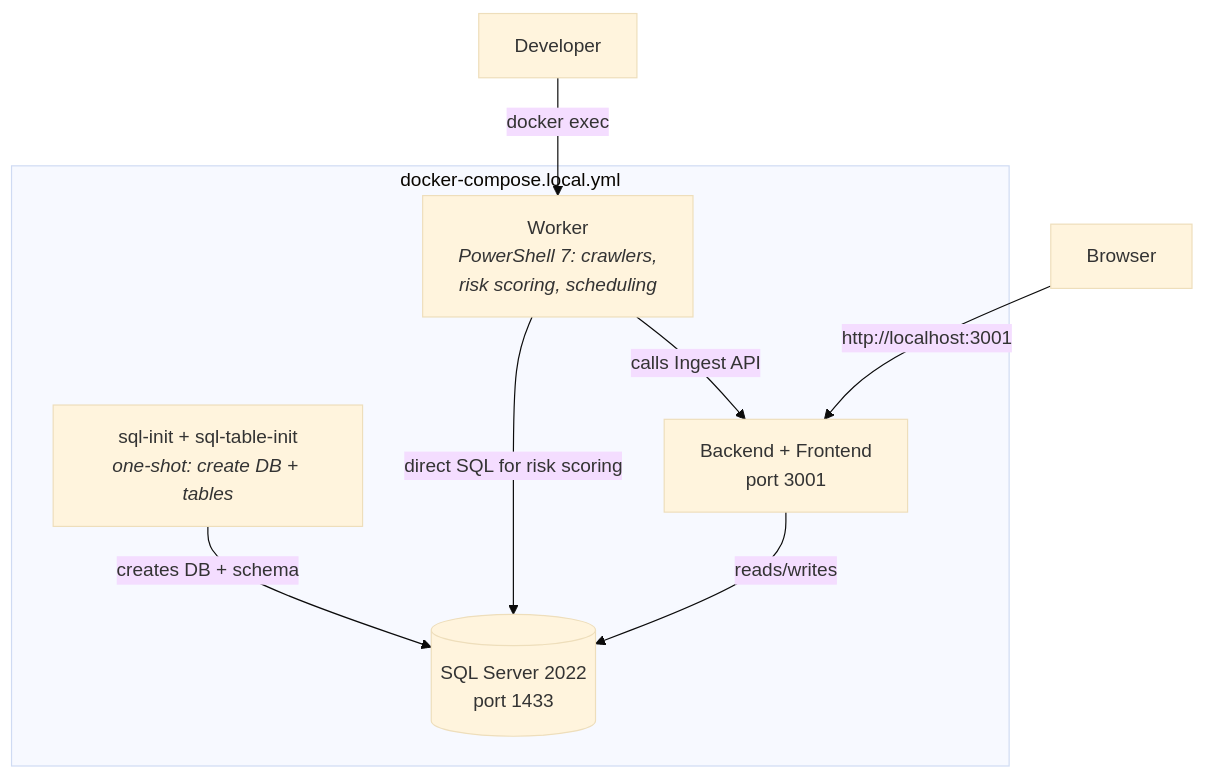
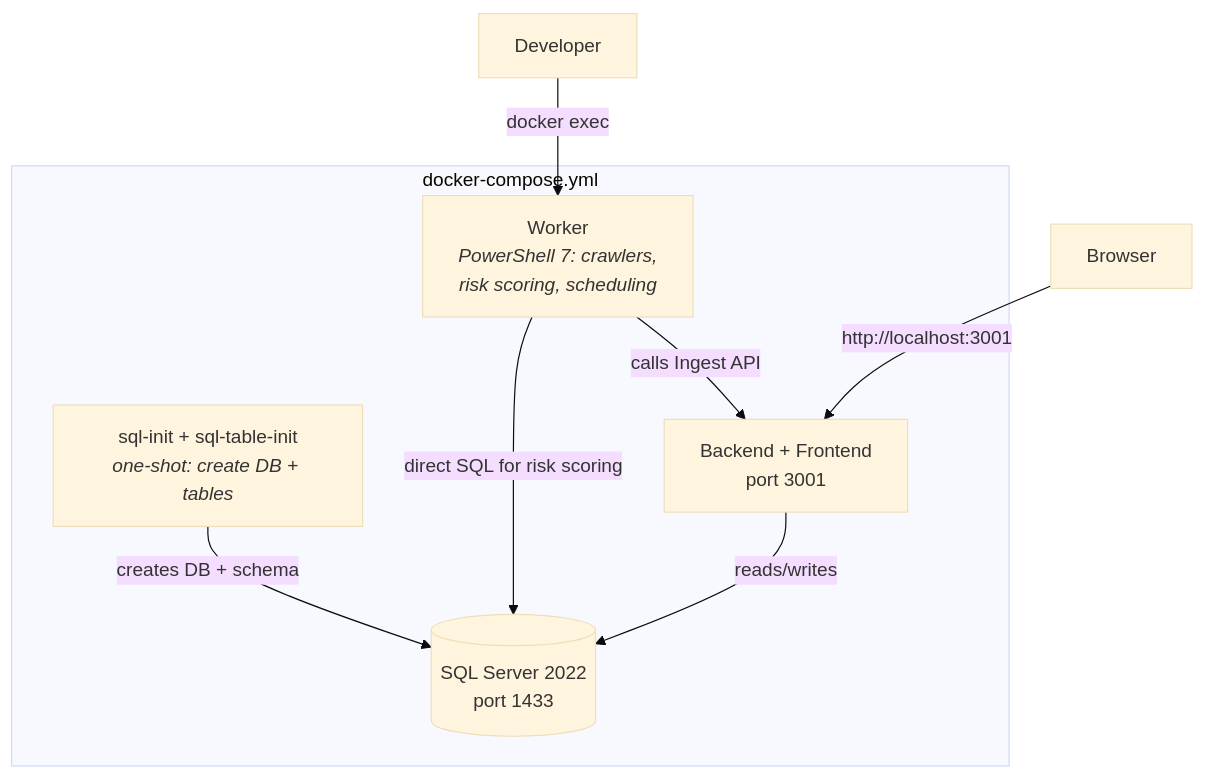
The diagram in docs/architecture/docker-setup.md (Fortigi/FortigiGraph), drawn with Mermaid (base theme) before and after one commit. The commit also changed other lines of this file and 5 other files, not shown here.

````diff
--- a/docs/architecture/docker-setup.md
+++ b/docs/architecture/docker-setup.md
@@ -9,17 +9,17 @@
 ```mermaid
 graph TB
-    subgraph Docker["docker-compose.local.yml"]
+    subgraph Docker["docker-compose.yml"]
         SQL[(SQL Server 2022<br/>port 1433)]
         INIT[sql-init + sql-table-init<br/><i>one-shot: create DB + tables</i>]
         API[Backend + Frontend<br/>port 3001]
         WORKER[Worker<br/><i>PowerShell 7: crawlers,<br/>risk scoring, scheduling</i>]
     end
 
     INIT -->|creates DB + schema| SQL
     API -->|reads/writes| SQL
     WORKER -->|calls Ingest API| API
     WORKER -->|direct SQL for risk scoring| SQL
 
     User[Browser] -->|http://localhost:3001| API
     Dev[Developer] -->|docker exec| WORKER
 ```
````
